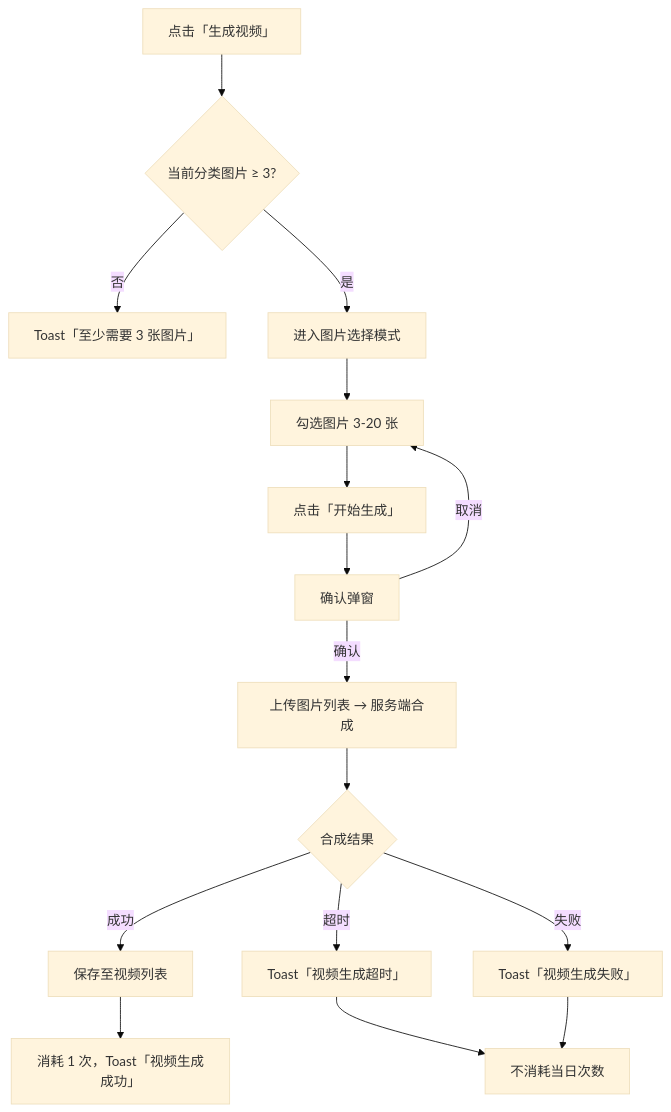
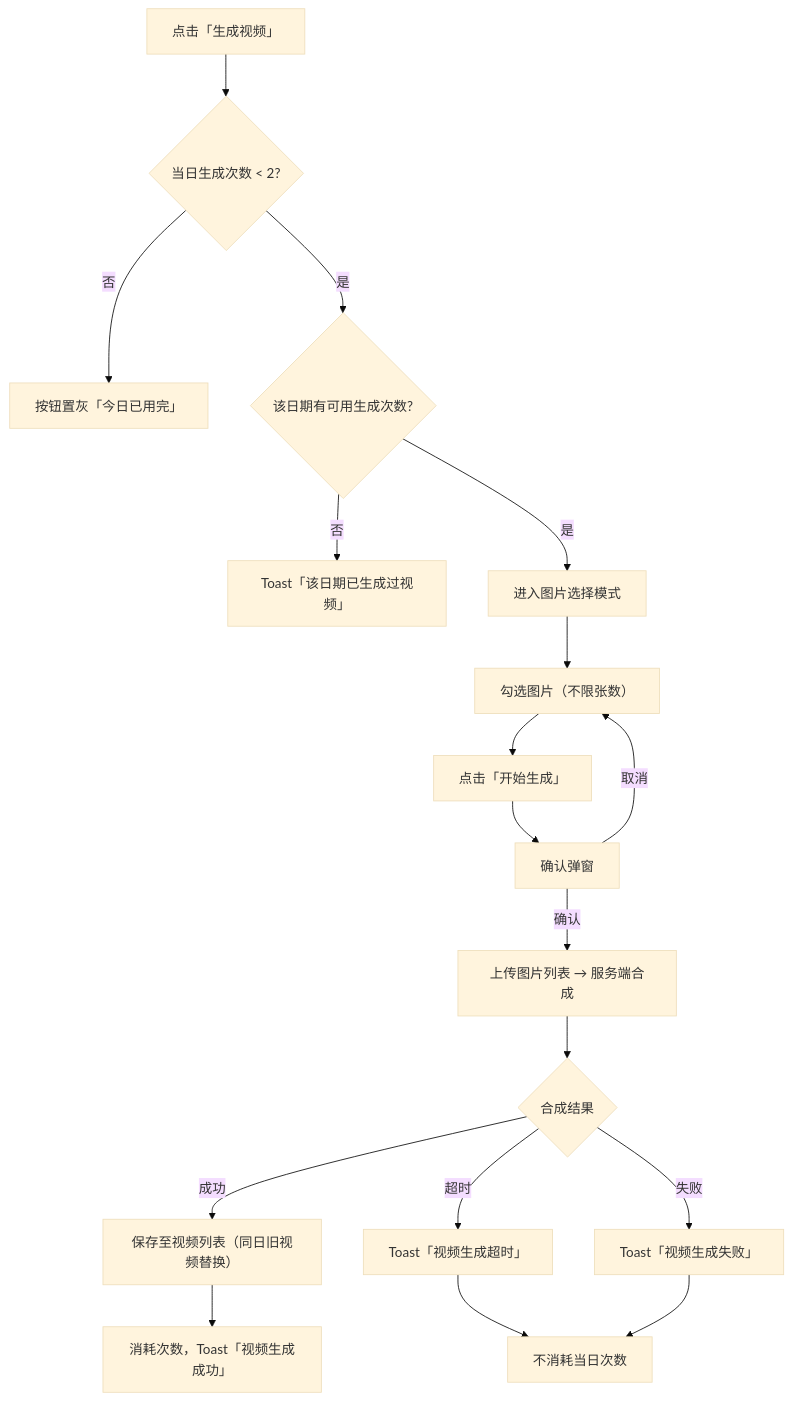
Before and after one commit to hongtao-l/platform: the second of 5 diagrams in docs/prd_full/时光相册/时光相册03PRD.md, drawn with Mermaid (base theme). The commit also changed other lines of this file and 17 other files, not shown here.

````diff
--- a/docs/prd_full/时光相册/时光相册03PRD.md
+++ b/docs/prd_full/时光相册/时光相册03PRD.md
@@ -64,18 +65,20 @@
 ```mermaid
 flowchart TD
-    A[点击「生成视频」] --> B{当前分类图片 ≥ 3?}
-    B -->|否| C[Toast「至少需要 3 张图片」]
-    B -->|是| D[进入图片选择模式]
-    D --> E[勾选图片 3-20 张]
-    E --> F[点击「开始生成」]
-    F --> G[确认弹窗]
-    G -->|取消| E
-    G -->|确认| H[上传图片列表 → 服务端合成]
-    H --> I{合成结果}
-    I -->|成功| J[保存至视频列表]
-    I -->|超时| K[Toast「视频生成超时」]
-    I -->|失败| L[Toast「视频生成失败」]
-    K --> M[不消耗当日次数]
-    L --> M
-    J --> N[消耗 1 次，Toast「视频生成成功」]
+    A[点击「生成视频」] --> B{当日生成次数 < 2?}
+    B -->|否| C[按钮置灰「今日已用完」]
+    B -->|是| D{该日期有可用生成次数?}
+    D -->|否| E[Toast「该日期已生成过视频」]
+    D -->|是| F[进入图片选择模式]
+    F --> G[勾选图片（不限张数）]
+    G --> H[点击「开始生成」]
+    H --> I[确认弹窗]
+    I -->|取消| G
+    I -->|确认| J[上传图片列表 → 服务端合成]
+    J --> K{合成结果}
+    K -->|成功| L[保存至视频列表（同日旧视频替换）]
+    K -->|超时| M[Toast「视频生成超时」]
+    K -->|失败| N[Toast「视频生成失败」]
+    M --> O[不消耗当日次数]
+    N --> O
+    L --> P[消耗次数，Toast「视频生成成功」]
 ```
````
